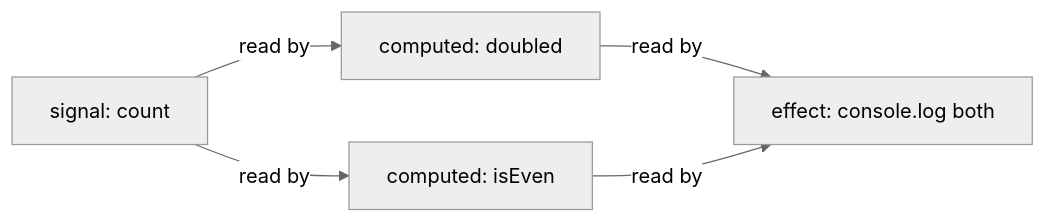
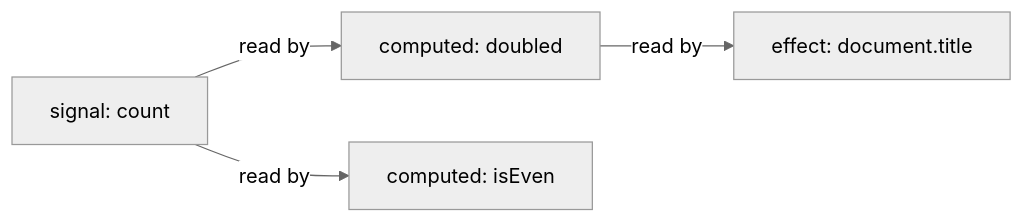
Before and after one commit to justjake/alien-signals: the first of 4 diagrams in README.md, drawn with Mermaid (neutral theme). The commit also changed other lines of this file, not shown here.

First line of the commit message:
readme: what-are-signals rewrite; framework docs links; diagrams match the document.title example

````diff
--- a/README.md
+++ b/README.md
@@ -39,7 +59,6 @@
 ```mermaid
 flowchart LR
     count["signal: count"] -->|read by| doubled["computed: doubled"]
-    count -->|read by| even["computed: isEven"]
-    doubled -->|read by| log["effect: console.log both"]
-    even -->|read by| log
+    count -->|read by| isEven["computed: isEven"]
+    doubled -->|read by| title["effect: document.title"]
 ```
````
